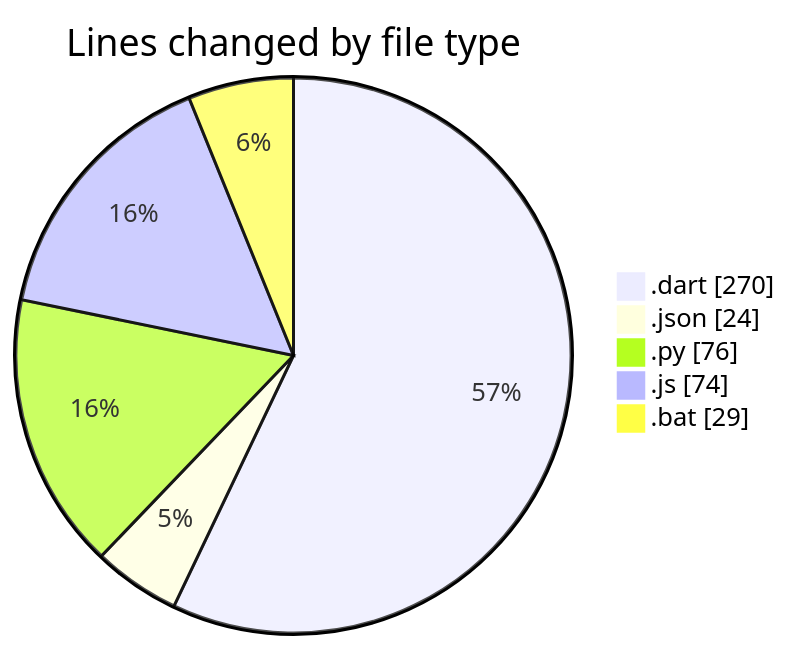
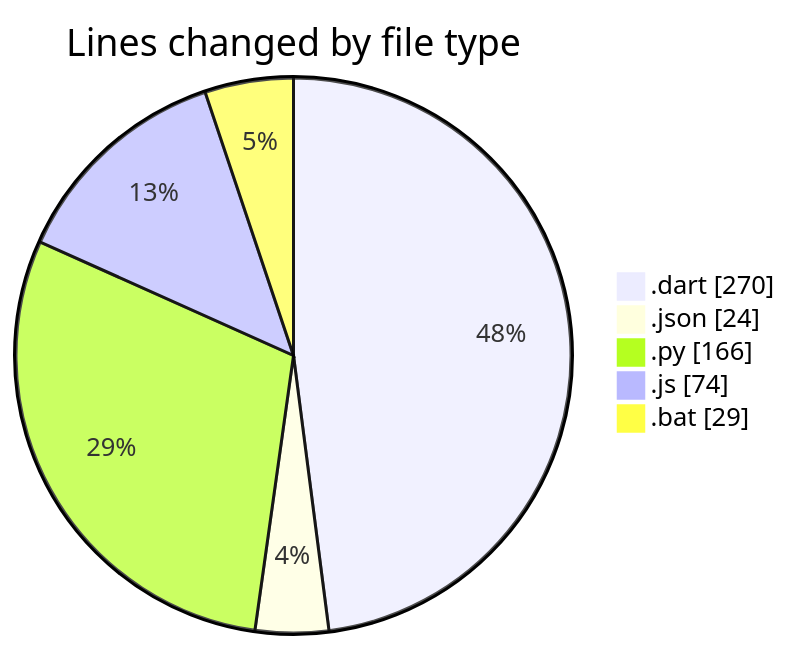
Before and after one commit to lephambinh05/code-tracking: the first of 2 diagrams in 2025-08-04/studybuddy/README.md, drawn with Mermaid. The commit also changed other lines of this file and 1 other file, not shown here.

````diff
--- a/2025-08-04/studybuddy/README.md
+++ b/2025-08-04/studybuddy/README.md
@@ -30,9 +31,9 @@
 ```mermaid
 pie showData
 title Lines changed by file type
 ".dart" : 270
 ".json" : 24
-".py" : 76
+".py" : 166
 ".js" : 74
 ".bat" : 29
 ```
````
